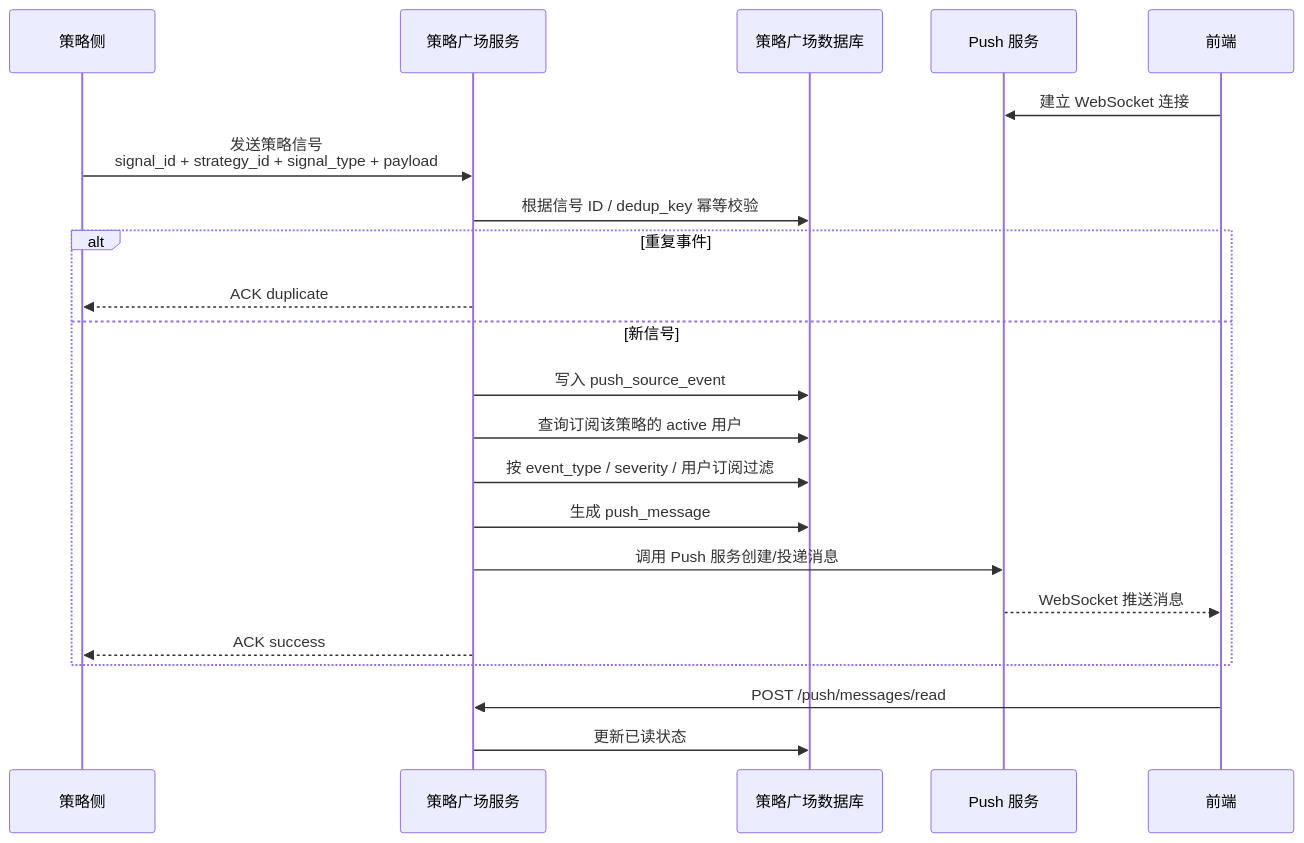
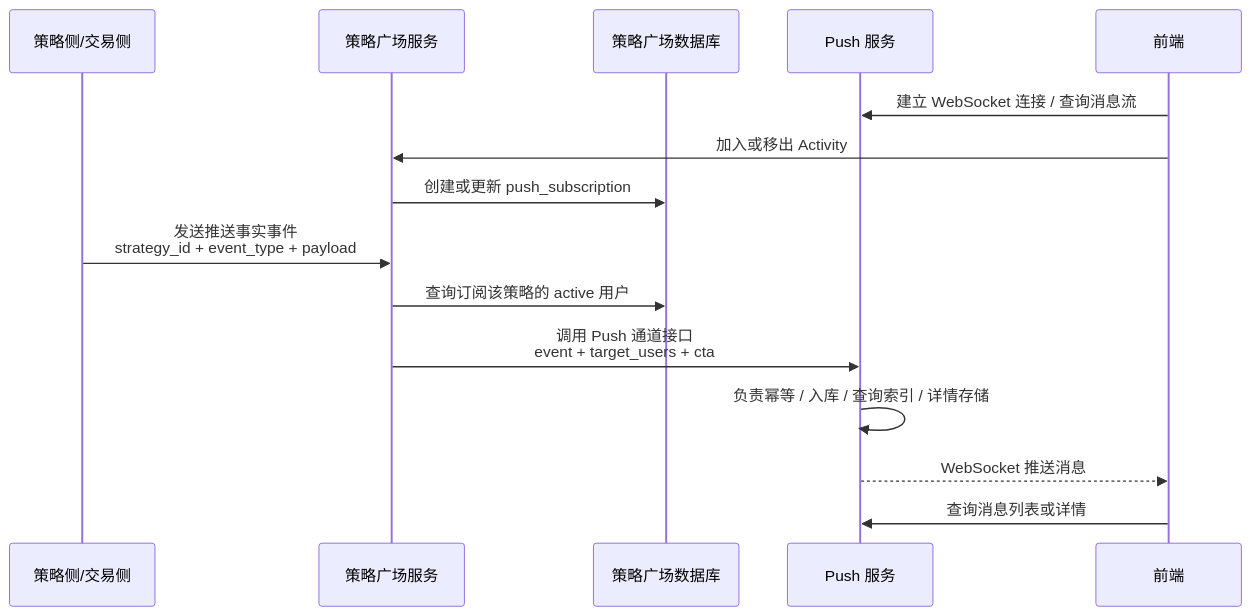
The ninth of 10 diagrams in doc/strategy-marketplace-phase1-technical-architecture.md (hongqnet/quantitative-strategy), drawn with Mermaid before and after one commit. The commit also changed other lines of this file and 2 other files, not shown here.

````diff
--- a/doc/strategy-marketplace-phase1-technical-architecture.md
+++ b/doc/strategy-marketplace-phase1-technical-architecture.md
@@ -579,25 +537,18 @@
 ```mermaid
 sequenceDiagram
-    participant STR as 策略侧
+    participant SRC as 策略侧/交易侧
     participant MKT as 策略广场服务
     participant DB as 策略广场数据库
     participant PUSH as Push 服务
     participant FE as 前端
 
-    FE->>PUSH: 建立 WebSocket 连接
-    STR->>MKT: 发送策略信号<br/>signal_id + strategy_id + signal_type + payload
-    MKT->>DB: 根据信号 ID / dedup_key 幂等校验
-    alt 重复事件
-        MKT-->>STR: ACK duplicate
-    else 新信号
-        MKT->>DB: 写入 push_source_event
-        MKT->>DB: 查询订阅该策略的 active 用户
-        MKT->>DB: 按 event_type / severity / 用户订阅过滤
-        MKT->>DB: 生成 push_message
-        MKT->>PUSH: 调用 Push 服务创建/投递消息
-        PUSH-->>FE: WebSocket 推送消息
-        MKT-->>STR: ACK success
-    end
-    FE->>MKT: POST /push/messages/read
-    MKT->>DB: 更新已读状态
+    FE->>PUSH: 建立 WebSocket 连接 / 查询消息流
+    FE->>MKT: 加入或移出 Activity
+    MKT->>DB: 创建或更新 push_subscription
+    SRC->>MKT: 发送推送事实事件<br/>strategy_id + event_type + payload
+    MKT->>DB: 查询订阅该策略的 active 用户
+    MKT->>PUSH: 调用 Push 通道接口<br/>event + target_users + cta
+    PUSH->>PUSH: 负责幂等 / 入库 / 查询索引 / 详情存储
+    PUSH-->>FE: WebSocket 推送消息
+    FE->>PUSH: 查询消息列表或详情
 ```
````
